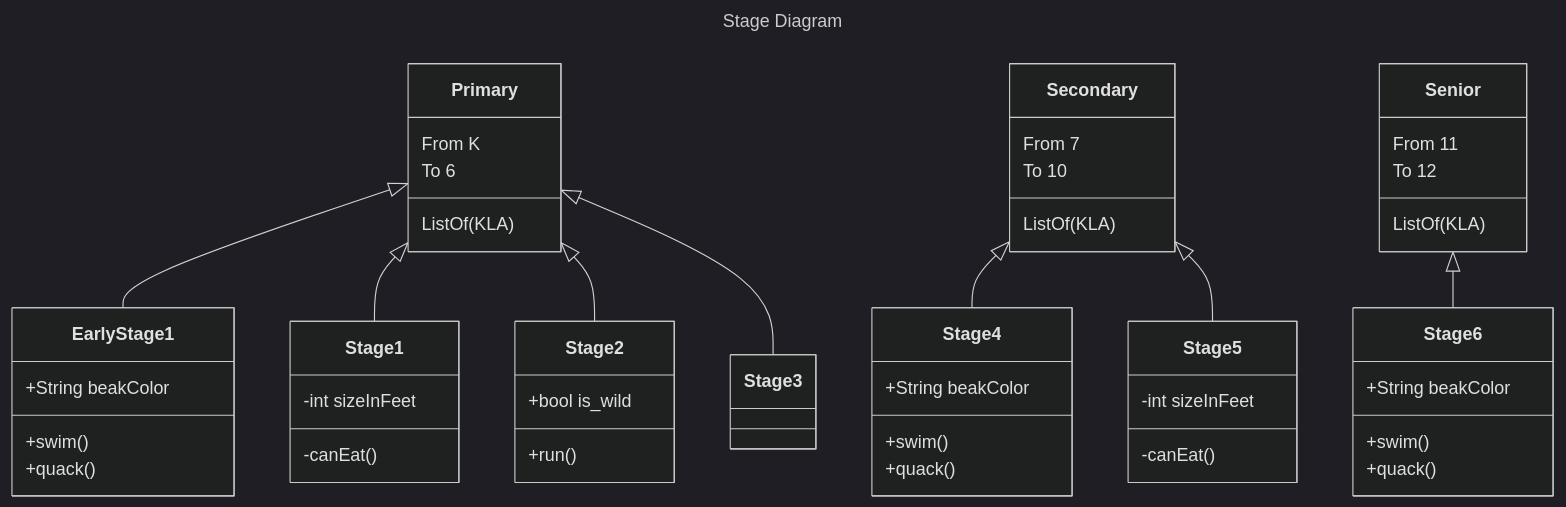
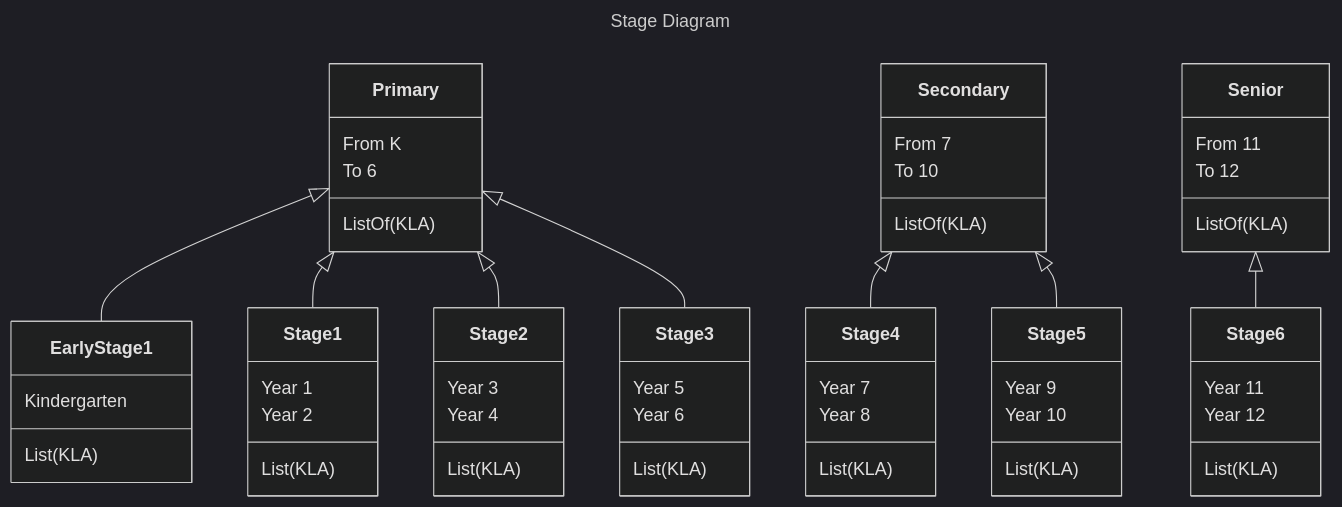
One commit to librelab/gurukul changed the diagram in README.md. Above: the diagram before and after it, drawn with Mermaid (dark theme).

````diff
--- a/README.md
+++ b/README.md
@@ -55,49 +55,56 @@
 ```mermaid
 ---
 title: Stage Diagram
 ---
 classDiagram
     Primary <|-- Early Stage1
     Primary <|-- Stage1
     Primary <|-- Stage2
 	Primary <|-- Stage3
     Primary : From K
     Primary : To 6
     Primary: ListOf(KLA)
     class Early Stage1{
-      +String beakColor
-      +swim()
-      +quack()
+      Kindergarten
+      List(KLA)
     }
     class Stage1{
-      -int sizeInFeet
-      -canEat()
+      Year 1
+	  Year 2
+      List(KLA)
     }
     class Stage2{
-      +bool is_wild
-      +run()
-    }	
+      Year 3
+	  Year 4
+      List(KLA)
+    }
+	class Stage3{
+      Year 5
+	  Year 6
+      List(KLA)
+    }
 	Secondary <|-- Stage4
     Secondary <|-- Stage5
     Secondary : From 7
     Secondary : To 10
     Secondary: ListOf(KLA)
     class Stage4{
-      +String beakColor
-      +swim()
-      +quack()
+      Year 7
+	  Year 8
+      List(KLA)
     }
     class Stage5{
-      -int sizeInFeet
-      -canEat()
+      Year 9
+	  Year 10
+      List(KLA)
     }
 	Senior <|-- Stage6
     Senior : From 11
     Senior : To 12
     Senior: ListOf(KLA)
     class Stage6{
-      +String beakColor
-      +swim()
-      +quack()
+      Year 11
+	  Year 12
+      List(KLA)
     }
 ```
````
